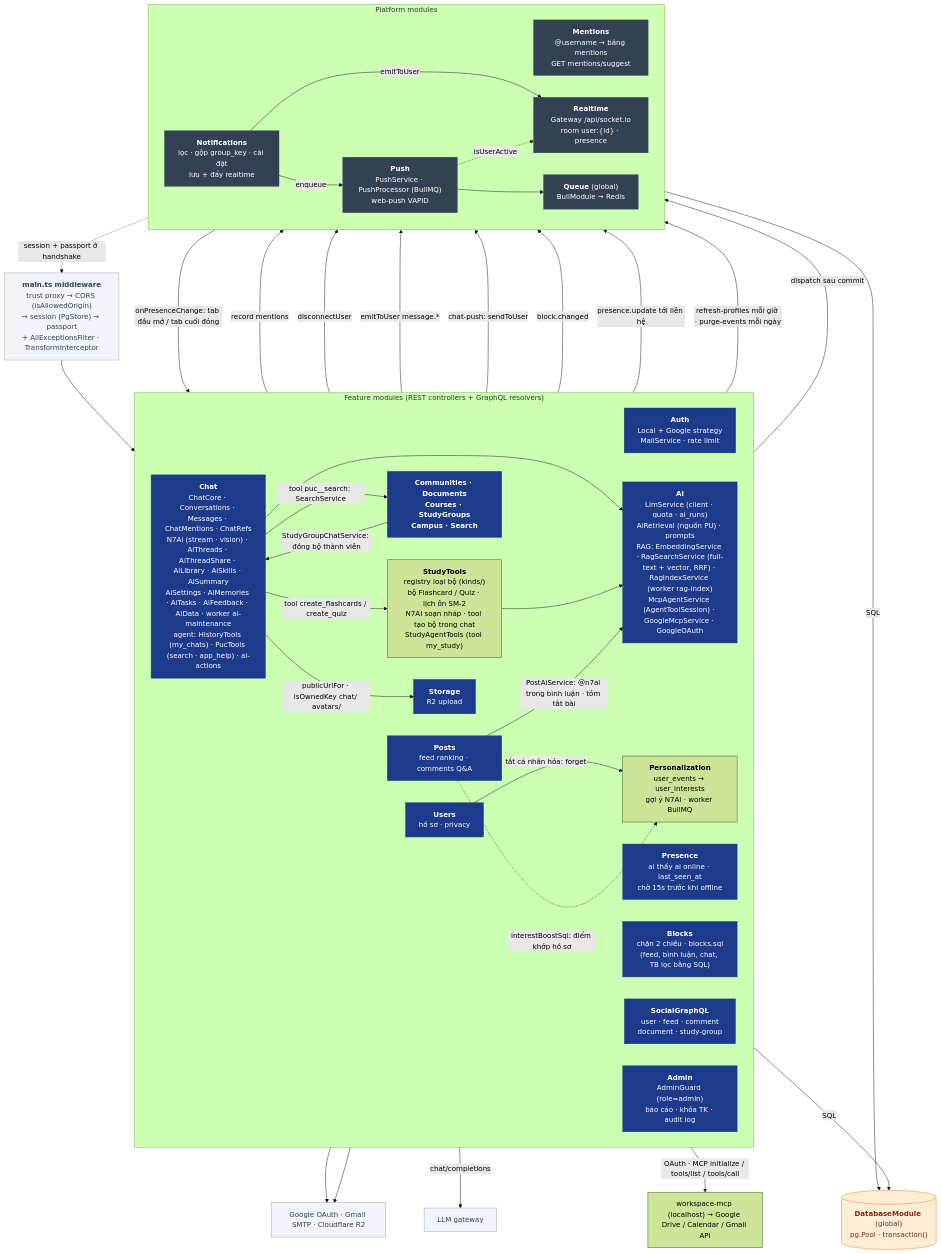
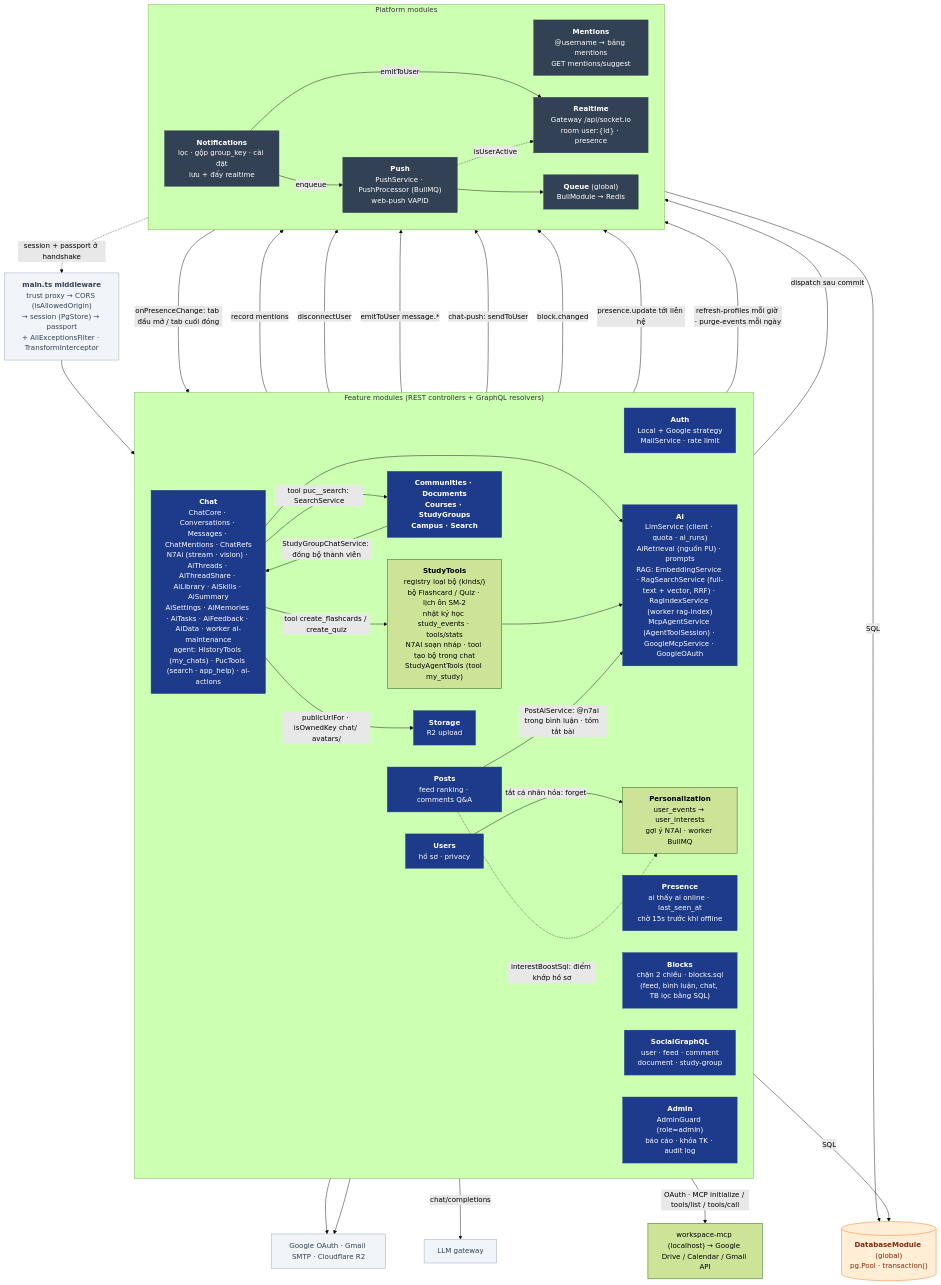
The diagram in docs/diagrams/03-api-components.md (nhatcoi/pu-connect), drawn with Mermaid (forest theme) before and after one commit. The commit also changed other lines of this file and 3 other files, not shown here.

Commit message:
docs(tools): flashcard round 2 — cloze, images, multiple choice, stats

````diff
--- a/docs/diagrams/03-api-components.md
+++ b/docs/diagrams/03-api-components.md
@@ -7,70 +7,70 @@
 ```mermaid
 flowchart TB
   mw["<b>main.ts middleware</b><br/>trust proxy → CORS (isAllowedOrigin)<br/>→ session (PgStore) → passport<br/>+ AllExceptionsFilter · TransformInterceptor"]
 
   subgraph Feature["Feature modules (REST controllers + GraphQL resolvers)"]
     direction LR
     auth["<b>Auth</b><br/>Local + Google strategy<br/>MailService · rate limit"]
     users["<b>Users</b><br/>hồ sơ · privacy"]
     presence["<b>Presence</b><br/>ai thấy ai online · last_seen_at<br/>chờ 15s trước khi offline"]
     blocks["<b>Blocks</b><br/>chặn 2 chiều · blocks.sql<br/>(feed, bình luận, chat, TB lọc bằng SQL)"]
     posts["<b>Posts</b><br/>feed ranking · comments Q&A"]
     gql["<b>SocialGraphQL</b><br/>user · feed · comment<br/>document · study-group"]
     others["<b>Communities · Documents<br/>Courses · StudyGroups<br/>Campus · Search</b>"]
     storage["<b>Storage</b><br/>R2 upload"]
     admin["<b>Admin</b><br/>AdminGuard (role=admin)<br/>báo cáo · khóa TK · audit log"]
     chat["<b>Chat</b><br/>ChatCore · Conversations · Messages · ChatMentions · ChatRefs<br/>N7Ai (stream · vision) · AiThreads · AiThreadShare · AiLibrary · AiSkills · AiSummary<br/>AiSettings · AiMemories · AiTasks · AiFeedback · AiData · worker ai-maintenance<br/>agent: HistoryTools (my_chats) · PucTools (search · app_help) · ai-actions"]
     ai["<b>Ai</b><br/>LlmService (client · quota · ai_runs)<br/>AiRetrieval (nguồn PU) · prompts<br/>RAG: EmbeddingService · RagSearchService (full-text + vector, RRF) · RagIndexService (worker rag-index)<br/>McpAgentService (AgentToolSession) · GoogleMcpService · GoogleOAuth"]
     perso["<b>Personalization</b><br/>user_events → user_interests<br/>gợi ý N7AI · worker BullMQ"]
-    tools["<b>StudyTools</b><br/>registry loại bộ (kinds/)<br/>bộ Flashcard / Quiz · lịch ôn SM-2<br/>N7AI soạn nháp · tool tạo bộ trong chat<br/>StudyAgentTools (tool my_study)"]
+    tools["<b>StudyTools</b><br/>registry loại bộ (kinds/)<br/>bộ Flashcard / Quiz · lịch ôn SM-2<br/>nhật ký học study_events · tools/stats<br/>N7AI soạn nháp · tool tạo bộ trong chat<br/>StudyAgentTools (tool my_study)"]
   end
 
   subgraph Platform["Platform modules"]
     direction LR
     mentions["<b>Mentions</b><br/>@username → bảng mentions<br/>GET mentions/suggest"]
     notif["<b>Notifications</b><br/>lọc · gộp group_key · cài đặt<br/>lưu + đẩy realtime"]
     rt["<b>Realtime</b><br/>Gateway /api/socket.io<br/>room user:{id} · presence"]
     push["<b>Push</b><br/>PushService · PushProcessor (BullMQ)<br/>web-push VAPID"]
     queue["<b>Queue</b> (global)<br/>BullModule → Redis"]
   end
 
   db[("<b>DatabaseModule</b> (global)<br/>pg.Pool · transaction()")]
   ext["Google OAuth · Gmail SMTP · Cloudflare R2"]
 
   mw --> Feature
   posts -->|record mentions| mentions
   Feature -->|dispatch sau commit| notif -->|emitToUser| rt
   notif -->|enqueue| push --> queue
   push -. isUserActive .-> rt
   rt -. session + passport ở handshake .-> mw
   Feature -->|SQL| db
   Platform -->|SQL| db
   auth & storage --> ext
   admin -->|disconnectUser| rt
   chat -->|emitToUser message.*| rt
   chat -->|chat-push: sendToUser| push
   chat --> ai
   chat -->|tool create_flashcards / create_quiz| tools
   chat -->|tool puc__search: SearchService| others
   tools --> ai
   posts -->|PostAiService: @n7ai trong bình luận · tóm tắt bài| ai
   ai -->|chat/completions| llm["LLM gateway"]
   ai -->|"OAuth · MCP initialize / tools/list / tools/call"| gdrive["workspace-mcp (localhost) → Google Drive / Calendar / Gmail API"]
   chat -->|publicUrlFor · isOwnedKey chat/ avatars/| storage
   others -->|StudyGroupChatService: đồng bộ thành viên| chat
   blocks -->|block.changed| rt
   rt -->|onPresenceChange: tab đầu mở / tab cuối đóng| presence
   presence -->|presence.update tới liên hệ| rt
   users -->|tắt cá nhân hóa: forget| perso
   perso -->|refresh-profiles mỗi giờ · purge-events mỗi ngày| queue
   posts -. interestBoostSql: điểm khớp hồ sơ .-> perso
 
   classDef mod fill:#1e3a8a,stroke:#1e3a8a,color:#fff
   classDef plat fill:#334155,stroke:#334155,color:#fff
   classDef store fill:#ffedd5,stroke:#f97316,color:#7c2d12
   classDef external fill:#f1f5f9,stroke:#94a3b8,color:#334155
   class auth,users,blocks,presence,ai,posts,communities,others,storage,gql,admin,chat mod
   class mentions,notif,rt,push,queue plat
   class db store
   class ext,mw,llm external
 ```
````
